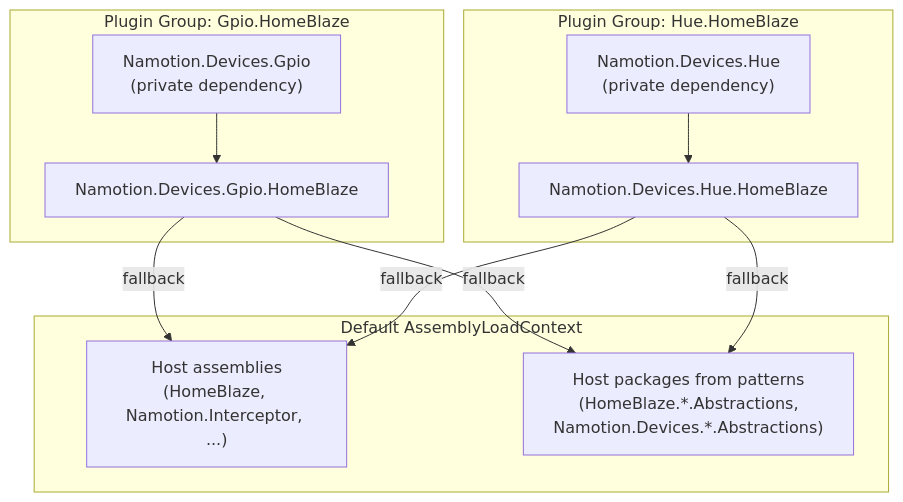
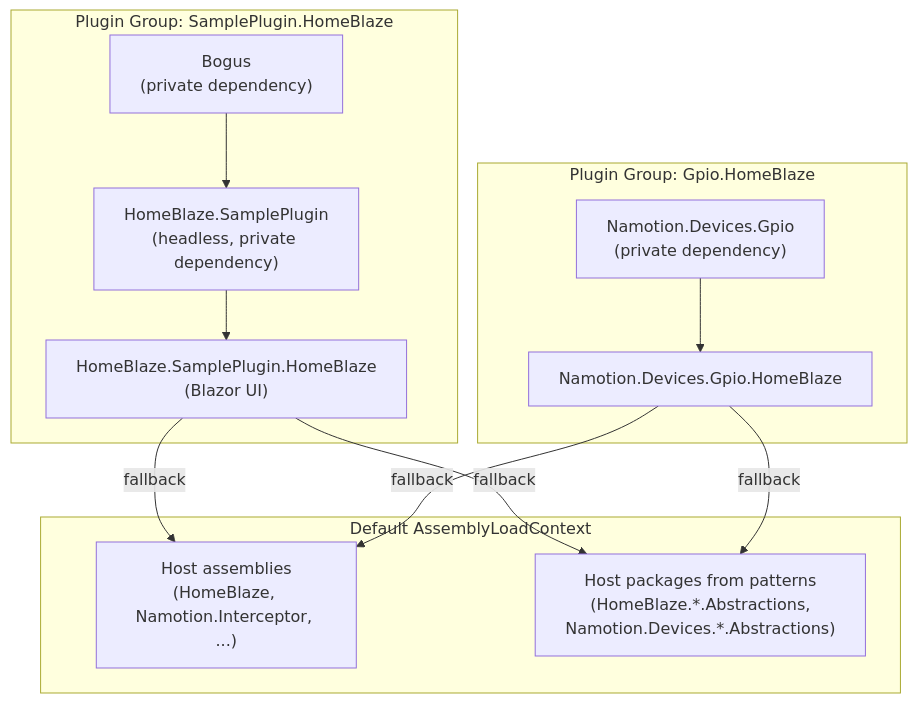
One commit to RicoSuter/Namotion.Interceptor changed the first of 2 diagrams in src/HomeBlaze/HomeBlaze/Data/Docs/architecture/design/plugins.md. Above: the diagram before and after it, drawn with Mermaid. The commit also changed other lines of this file and 31 other files, not shown here.

````diff
--- a/src/HomeBlaze/HomeBlaze/Data/Docs/architecture/design/plugins.md
+++ b/src/HomeBlaze/HomeBlaze/Data/Docs/architecture/design/plugins.md
@@ -90,24 +92,26 @@
 ```mermaid
 graph TD
     subgraph "Default AssemblyLoadContext"
         HOST["Host assemblies<br/>(HomeBlaze, Namotion.Interceptor, ...)"]
         ABS["Host packages from patterns<br/>(HomeBlaze.*.Abstractions,<br/>Namotion.Devices.*.Abstractions)"]
     end
 
+    subgraph "Plugin Group: SamplePlugin.HomeBlaze"
+        SAMPLEUI["HomeBlaze.SamplePlugin.HomeBlaze<br/>(Blazor UI)"]
+        SAMPLE["HomeBlaze.SamplePlugin<br/>(headless, private dependency)"]
+        BOGUS["Bogus<br/>(private dependency)"]
+    end
+
     subgraph "Plugin Group: Gpio.HomeBlaze"
         GPIO["Namotion.Devices.Gpio.HomeBlaze"]
         GPIOLIB["Namotion.Devices.Gpio<br/>(private dependency)"]
     end
 
-    subgraph "Plugin Group: Hue.HomeBlaze"
-        HUE["Namotion.Devices.Hue.HomeBlaze"]
-        HUELIB["Namotion.Devices.Hue<br/>(private dependency)"]
-    end
-
+    SAMPLEUI -->|"fallback"| HOST
+    SAMPLEUI -->|"fallback"| ABS
+    SAMPLE --> SAMPLEUI
+    BOGUS --> SAMPLE
     GPIO -->|"fallback"| HOST
     GPIO -->|"fallback"| ABS
-    HUE -->|"fallback"| HOST
-    HUE -->|"fallback"| ABS
     GPIOLIB --> GPIO
-    HUELIB --> HUE
 ```
````
